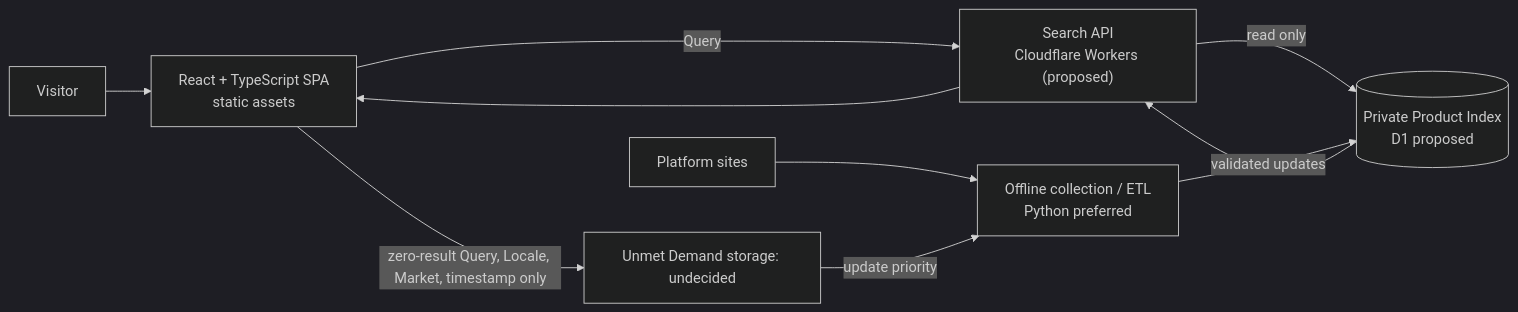
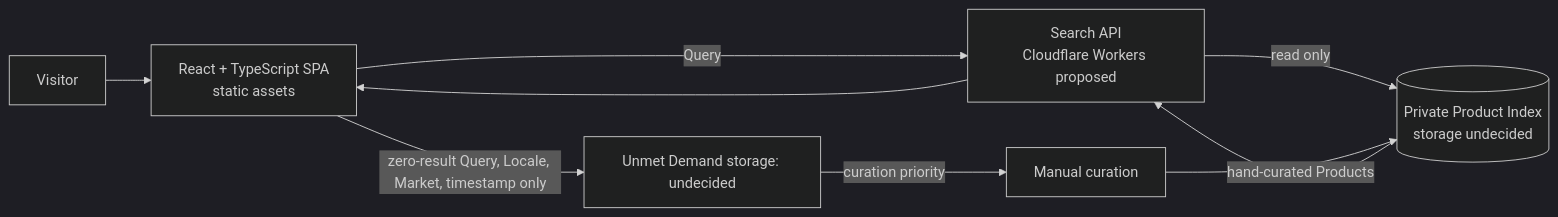
One commit to iskWang/taiwanhaul changed the second of 2 diagrams in docs/architecture.md. Above: the diagram before and after it, drawn with Mermaid (dark theme). The commit also changed other lines of this file and 119 other files, not shown here.

````diff
--- a/docs/architecture.md
+++ b/docs/architecture.md
@@ -31,12 +34,11 @@
 ```mermaid
 flowchart LR
   Visitor --> SPA["React + TypeScript SPA<br/>static assets"]
-  SPA -->|Query| API["Search API<br/>Cloudflare Workers (proposed)"]
-  API -->|read only| Index[("Private Product Index<br/>D1 proposed")]
+  SPA -->|Query| API["Search API<br/>Cloudflare Workers proposed"]
+  API -->|read only| Index[("Private Product Index<br/>storage undecided")]
   Index --> API
   API --> SPA
-  Collector["Offline collection / ETL<br/>Python preferred"] -->|validated updates| Index
-  Platforms["Platform sites"] --> Collector
+  Curator["Manual curation"] -->|hand-curated Products| Index
   SPA -->|zero-result Query, Locale, Market, timestamp only| Demand["Unmet Demand storage: undecided"]
-  Demand -->|update priority| Collector
+  Demand -->|curation priority| Curator
 ```
````
